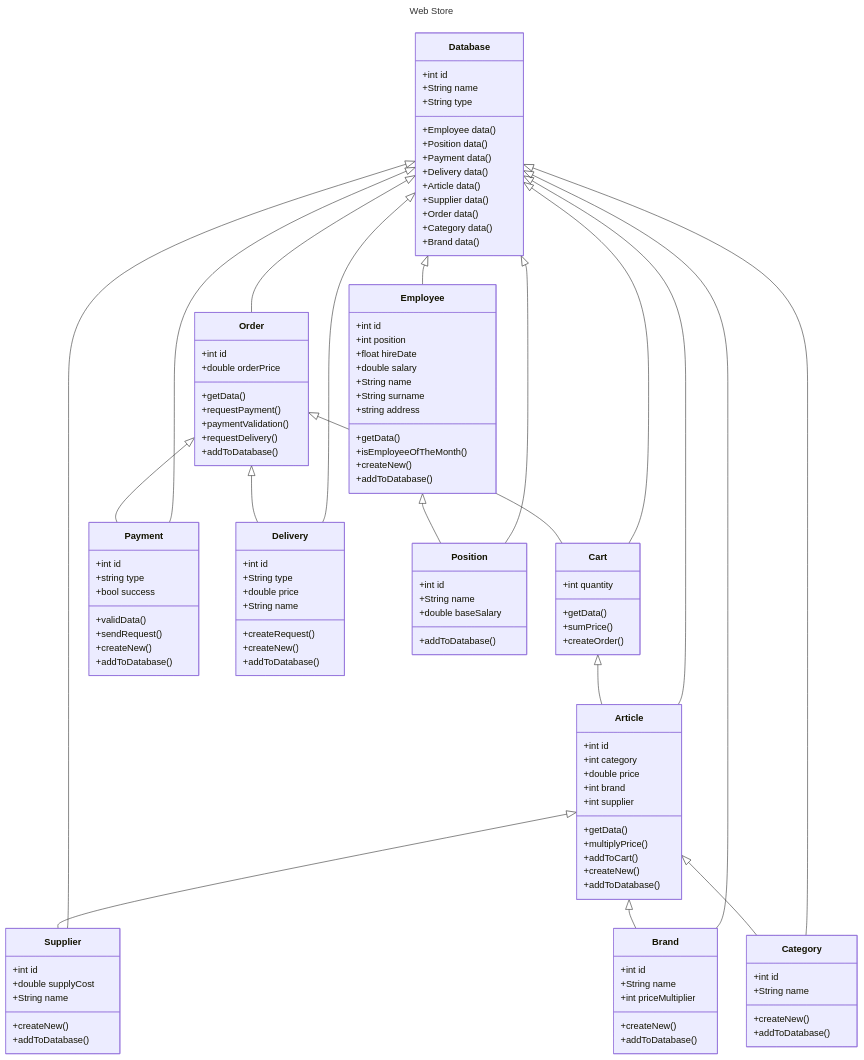
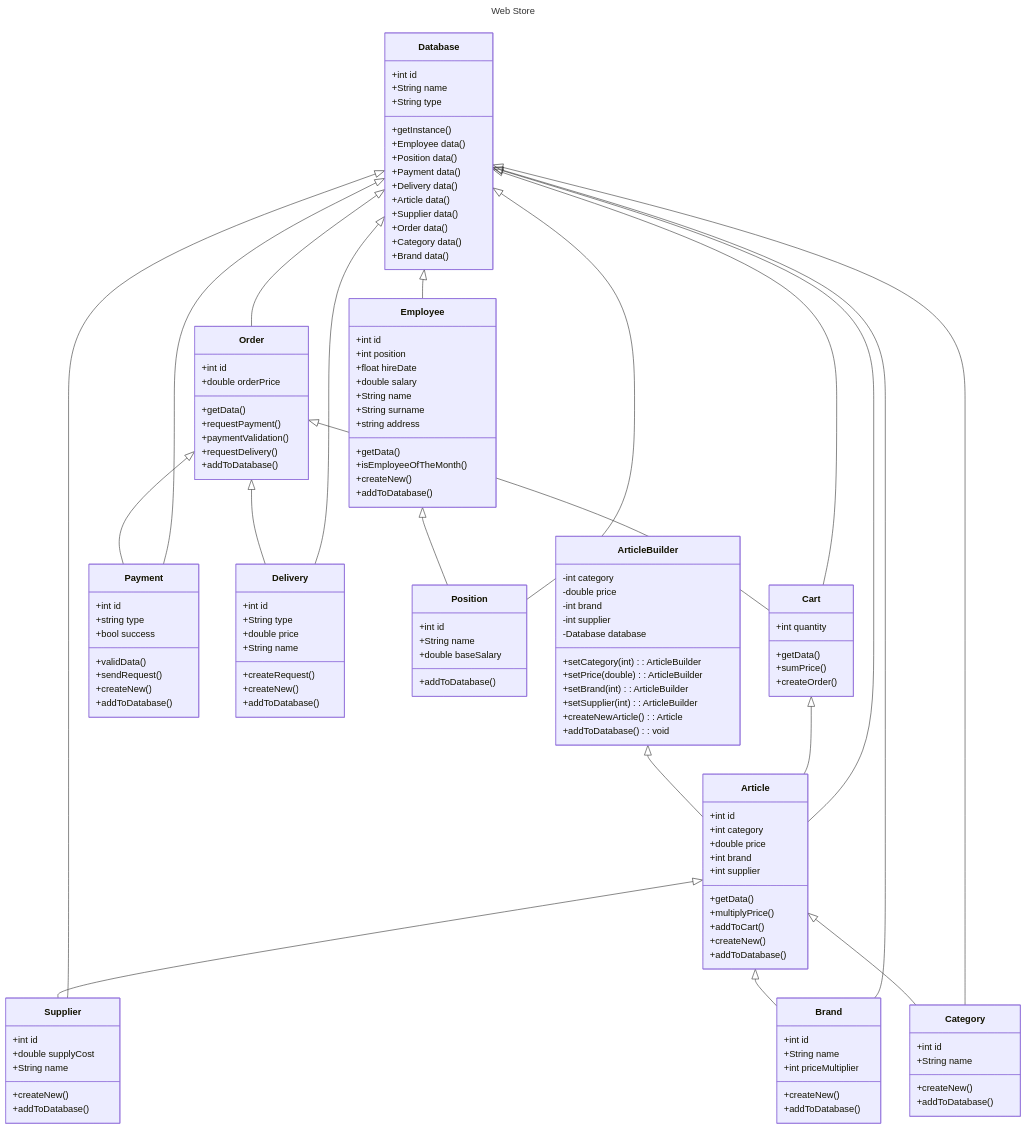
One commit to DaW888/design-patterns-studies changed the diagram in README.md. Above: the diagram before and after it, drawn with Mermaid.

```diff
--- a/README.md
+++ b/README.md
@@ -27,6 +27,8 @@
     Article <|-- Brand
     Article <|-- Supplier
     Article <|-- Category
+    ArticleBuilder <|-- Article
+
     
     class Article {
         +int id
@@ -39,6 +41,19 @@
         +addToCart()
         +createNew()
         +addToDatabase()
+    }
+    class ArticleBuilder {
+        -int category
+        -double price
+        -int brand
+        -int supplier
+        -Database database
+        +setCategory(int) : ArticleBuilder
+        +setPrice(double) : ArticleBuilder
+        +setBrand(int) : ArticleBuilder
+        +setSupplier(int) : ArticleBuilder
+        +createNewArticle() : Article
+        +addToDatabase() : void
     }
     class Cart {
         +int quantity
@@ -116,6 +131,7 @@
         +int id
         +String name
         +String type
+        +getInstance()
         +Employee data()
         +Position data()
         +Payment data()
```
